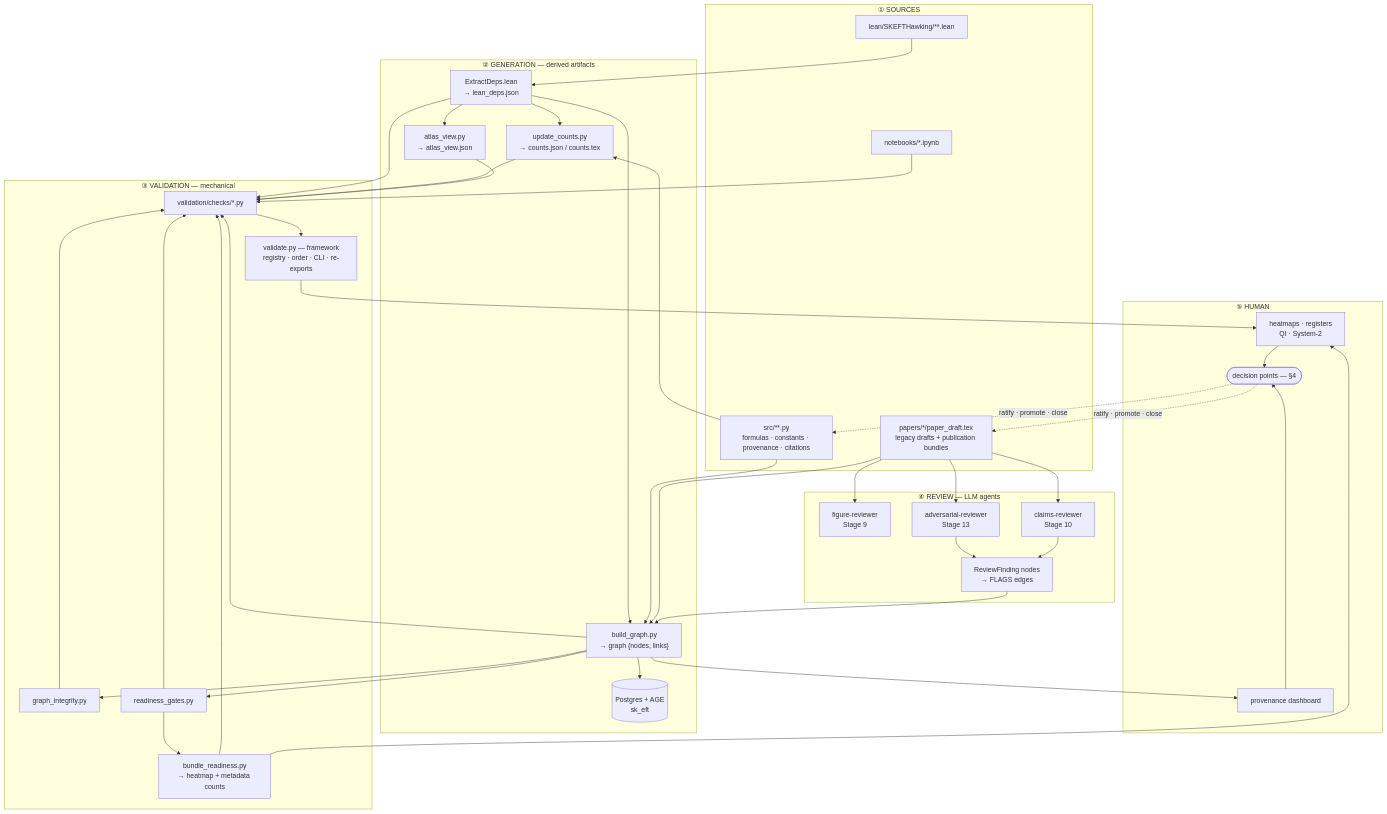
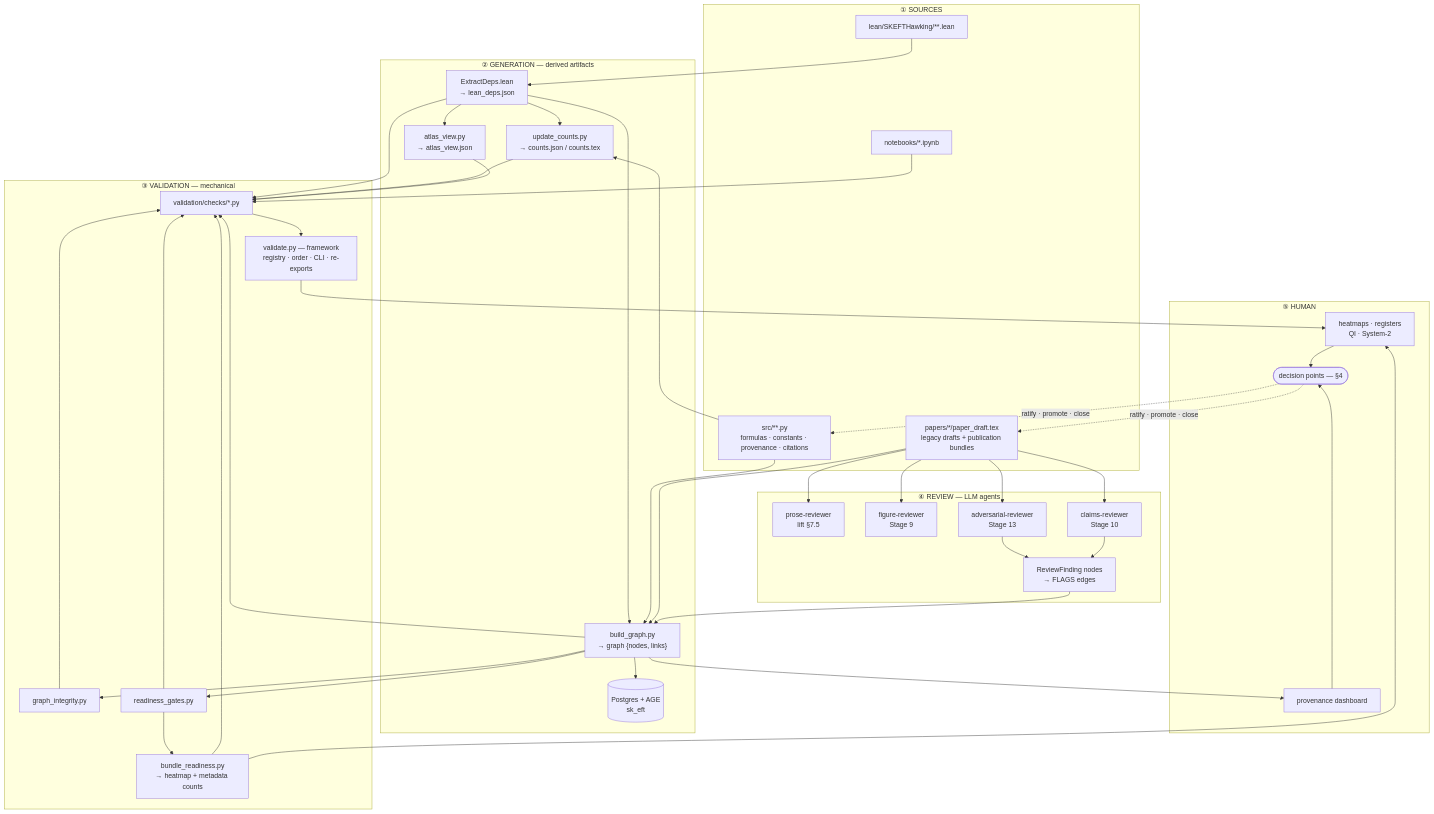
Before and after one commit to NetRxn/SK_EFT_Hawking: the first of 2 diagrams in docs/architecture/QA_QI_INFRASTRUCTURE_MAP.md, drawn with Mermaid. The commit also changed other lines of this file and 7 other files, not shown here.

````diff
--- a/docs/architecture/QA_QI_INFRASTRUCTURE_MAP.md
+++ b/docs/architecture/QA_QI_INFRASTRUCTURE_MAP.md
@@ -26,55 +26,56 @@
 ```mermaid
 flowchart TB
     subgraph S["① SOURCES"]
         LEAN["lean/SKEFTHawking/**.lean"]
         PY["src/**.py<br/>formulas · constants · provenance · citations"]
         TEX["papers/*/paper_draft.tex<br/>legacy drafts + publication bundles"]
         NB["notebooks/*.ipynb"]
     end
 
     subgraph G["② GENERATION — derived artifacts"]
         ED["ExtractDeps.lean<br/>→ lean_deps.json"]
         CNT["update_counts.py<br/>→ counts.json / counts.tex"]
         ATL["atlas_view.py<br/>→ atlas_view.json"]
         BG["build_graph.py<br/>→ graph {nodes, links}"]
         PG[("Postgres + AGE<br/>sk_eft")]
     end
 
     subgraph V["③ VALIDATION — mechanical"]
         VAL["validate.py — framework<br/>registry · order · CLI · re-exports"]
         VCK["validation/checks/*.py"]
         GI["graph_integrity.py"]
         RG["readiness_gates.py"]
         BR["bundle_readiness.py<br/>→ heatmap + metadata counts"]
     end
 
     subgraph R["④ REVIEW — LLM agents"]
+        PR["prose-reviewer<br/>lift §7.5"]
         FR["figure-reviewer<br/>Stage 9"]
         CR["claims-reviewer<br/>Stage 10"]
         AR["adversarial-reviewer<br/>Stage 13"]
         RF["ReviewFinding nodes<br/>→ FLAGS edges"]
     end
 
     subgraph H["⑤ HUMAN"]
         DASH["provenance dashboard"]
         HEAT["heatmaps · registers<br/>QI · System-2"]
         DEC(["decision points — §4"])
     end
 
     LEAN --> ED --> CNT & ATL & BG
     PY --> BG & CNT
     TEX --> BG
     BG --> PG & GI & RG
     RG --> BR
     ED & CNT & ATL & BG --> VCK
     GI & RG & BR --> VCK
     VCK --> VAL
-    TEX --> FR & CR & AR
+    TEX --> PR & FR & CR & AR
     NB --> VCK
     AR & CR --> RF --> BG
     VAL --> HEAT
     BR --> HEAT
     BG --> DASH
     HEAT & DASH --> DEC
     DEC -.->|"ratify · promote · close"| PY & TEX
 ```
````
